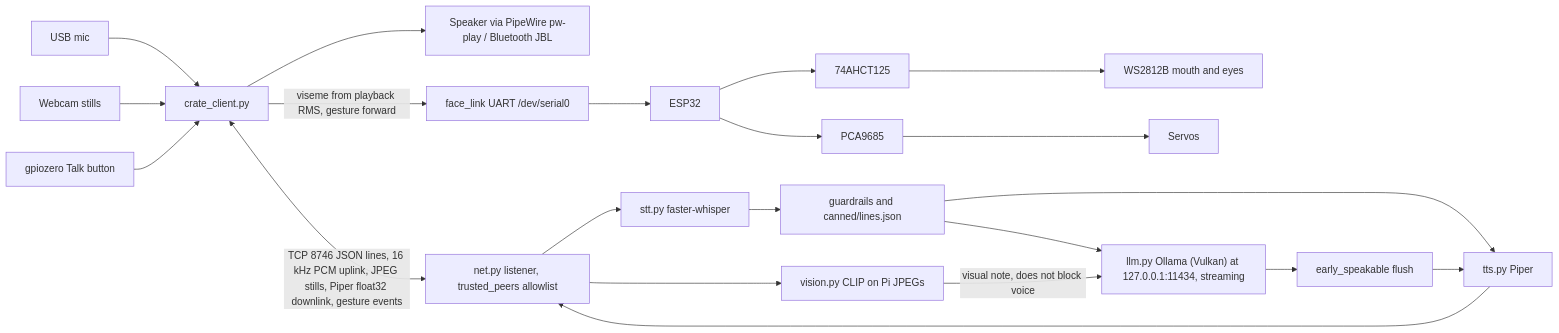
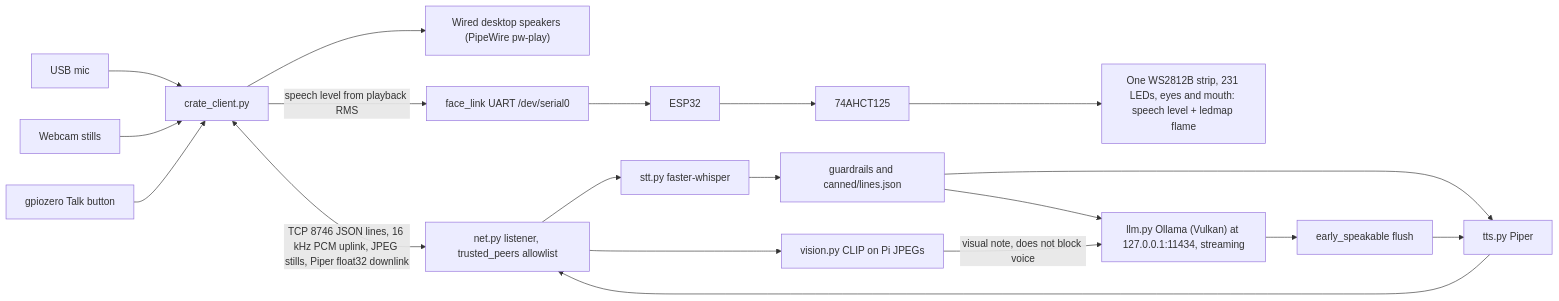
One commit to PixnBits/gourdsworth changed the diagram in README.md. Above: the diagram before and after it, drawn with Mermaid. The commit also changed other lines of this file, not shown here.

Commit message:
docs: README describes one-strip face, wired speakers; drop servo and power-station rows

````diff
--- a/README.md
+++ b/README.md
@@ -28,23 +28,21 @@
 ```mermaid
 flowchart LR
   mic["USB mic"] --> pi["crate_client.py"]
   cam["Webcam stills"] --> pi
   btn["gpiozero Talk button"] --> pi
-  pi --> spk["Speaker via PipeWire pw-play / Bluetooth JBL"]
-  pi -->|"viseme from playback RMS, gesture forward"| uart["face_link UART /dev/serial0"]
+  pi --> spk["Wired desktop speakers (PipeWire pw-play)"]
+  pi -->|"speech level from playback RMS"| uart["face_link UART /dev/serial0"]
   uart --> esp["ESP32"]
   esp --> lvl["74AHCT125"]
-  lvl --> leds["WS2812B mouth and eyes"]
-  esp --> pca["PCA9685"]
-  pca --> servos["Servos"]
-  pi <-->|"TCP 8746 JSON lines, 16 kHz PCM uplink, JPEG stills, Piper float32 downlink, gesture events"| net["net.py listener, trusted_peers allowlist"]
+  lvl --> leds["One WS2812B strip, 231 LEDs, eyes and mouth: speech level + ledmap flame"]
+  pi <-->|"TCP 8746 JSON lines, 16 kHz PCM uplink, JPEG stills, Piper float32 downlink"| net["net.py listener, trusted_peers allowlist"]
   net --> stt["stt.py faster-whisper"]
   stt --> guard["guardrails and canned/lines.json"]
   guard --> llm["llm.py Ollama (Vulkan) at 127.0.0.1:11434, streaming"]
   guard --> tts["tts.py Piper"]
   llm --> early["early_speakable flush"]
   early --> tts
   tts --> net
   net --> clip["vision.py CLIP on Pi JPEGs"]
   clip -->|"visual note, does not block voice"| llm
 ```
````
